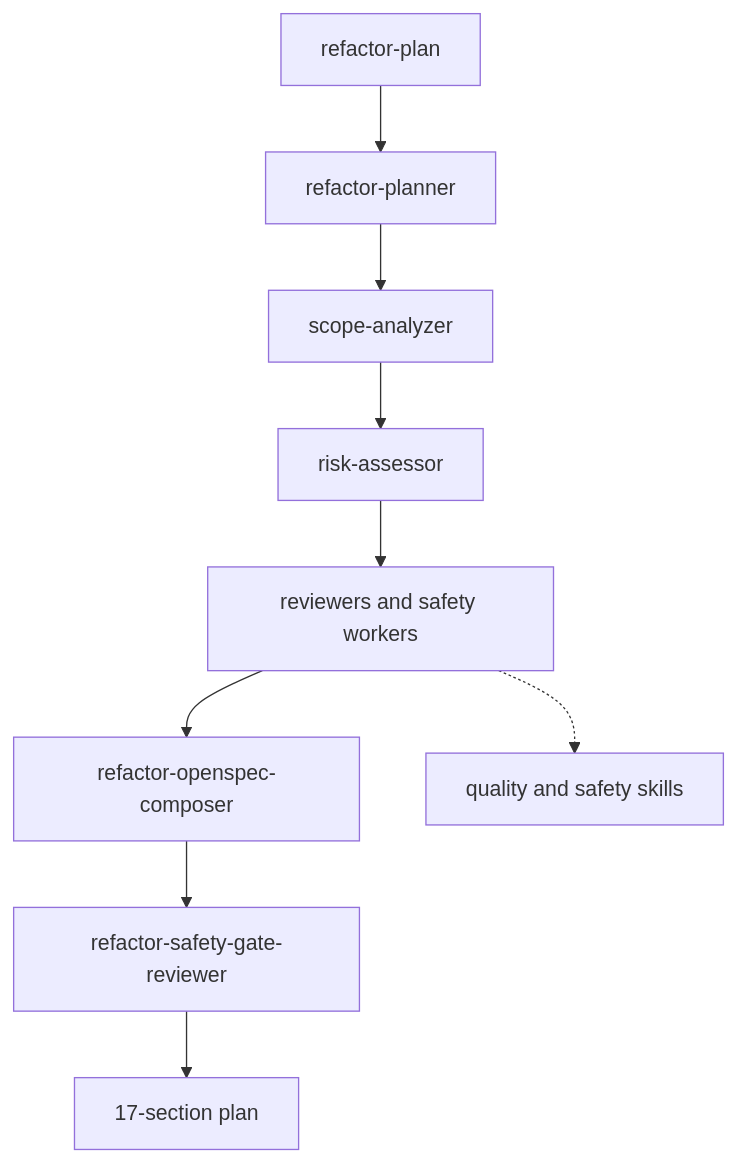
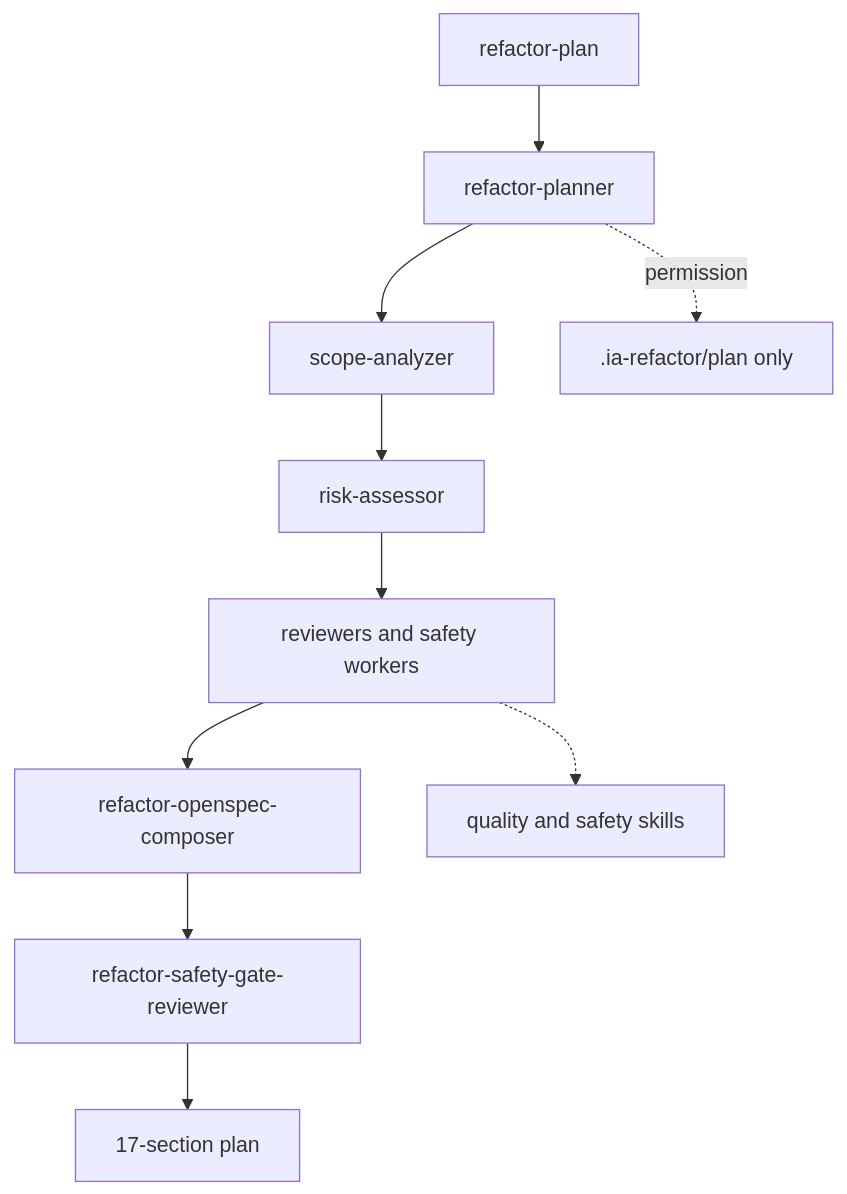
Before and after one commit to andresnator/agents-orchestrator: the diagram in domains/refactor/README.md, drawn with Mermaid. The commit also changed other lines of this file and 4 other files, not shown here.

````diff
--- a/domains/refactor/README.md
+++ b/domains/refactor/README.md
@@ -9,11 +9,12 @@
 ```mermaid
 graph TD
   command[refactor-plan] --> planner[refactor-planner]
   planner --> scope[scope-analyzer]
   scope --> risk[risk-assessor]
   risk --> reviewers[reviewers and safety workers]
   reviewers --> composer[refactor-openspec-composer]
   composer --> safety[refactor-safety-gate-reviewer]
   safety --> plan[17-section plan]
+  planner -. permission .-> boundary[.ia-refactor/plan only]
   reviewers -.-> skills[quality and safety skills]
 ```
````
